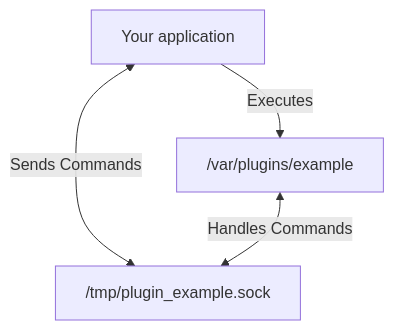
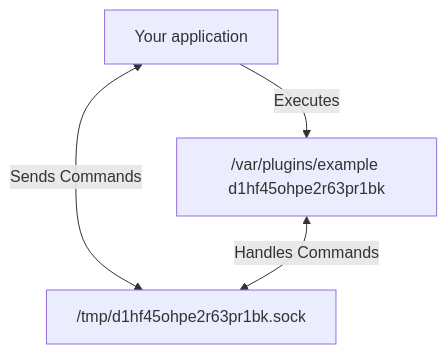
One commit to davidsbond/plugin changed the diagram in README.md. Above: the diagram before and after it, drawn with Mermaid. The commit also changed other lines of this file and 4 other files, not shown here.

````diff
--- a/README.md
+++ b/README.md
@@ -19,7 +19,7 @@
 ```mermaid
 graph TD
 ;
-    Application["Your application"] <-->|Sends Commands| Socket["/tmp/plugin_example.sock"]
+    Application["Your application"] <-->|Sends Commands| Socket["/tmp/d1hf45ohpe2r63pr1bk.sock"]
     Plugin <-->|Handles Commands| Socket
-    Application -->|Executes| Plugin["/var/plugins/example"]
+    Application -->|Executes| Plugin["/var/plugins/example d1hf45ohpe2r63pr1bk"]
 ```
````
